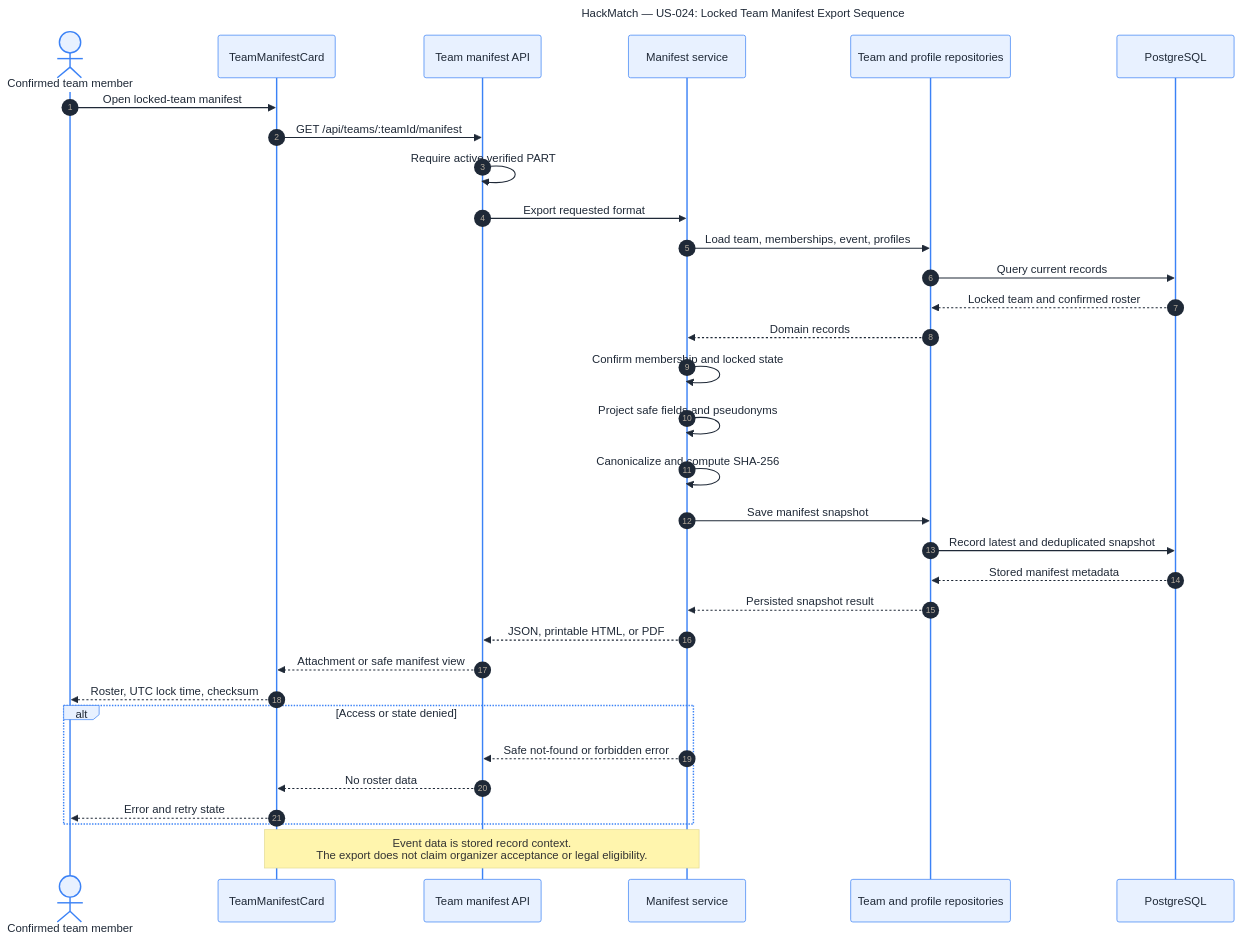
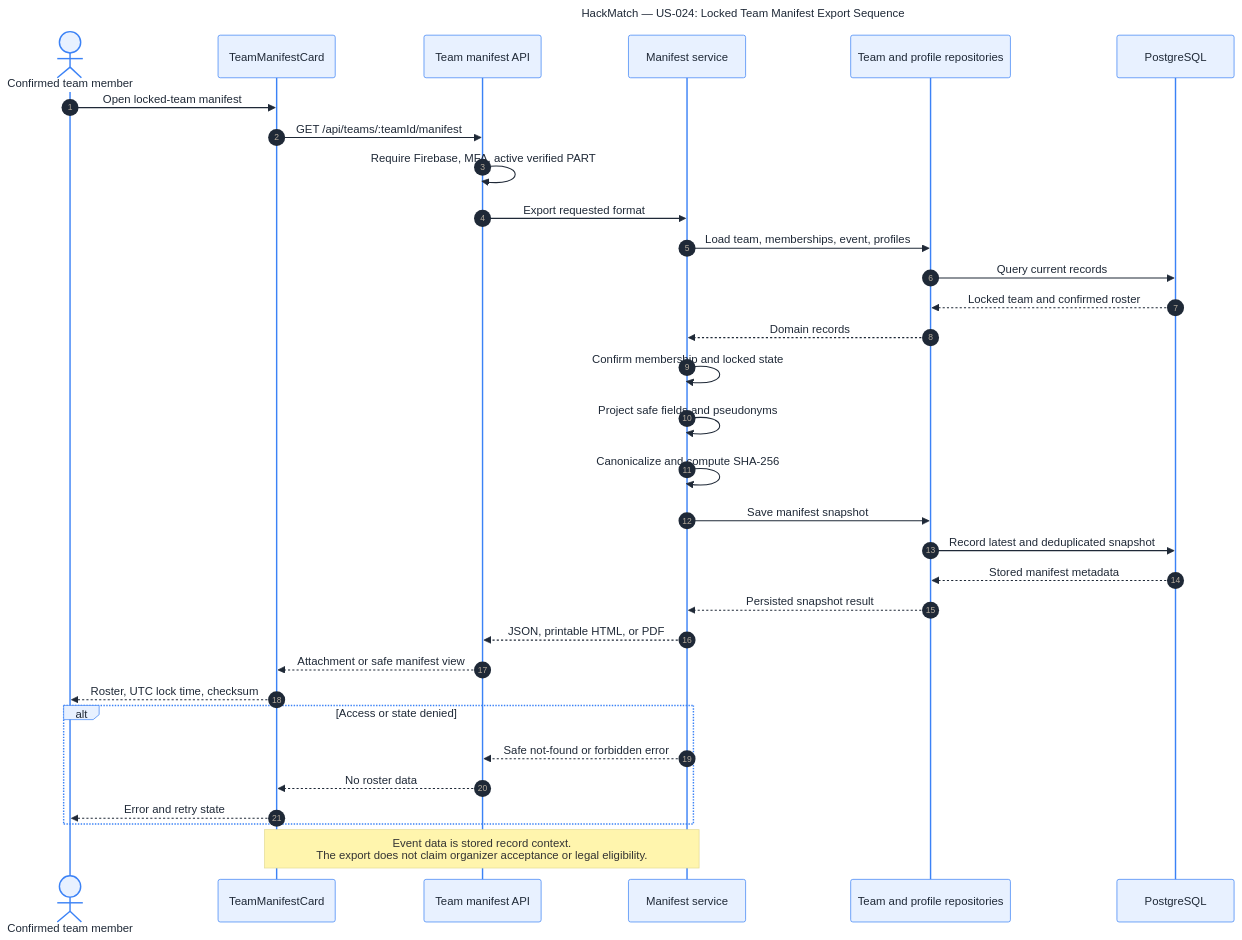
One commit to comp313-g1/HackMatch changed the diagram in docs/diagrams/US-024/US-024-team-manifest-export-sequence.mmd. Above: the diagram before and after it, drawn with Mermaid. The commit also changed 54 other files, not shown here.

Commit message:
docs(diagrams): add US-035 and align engineering diagrams (#450)

```diff
--- a/docs/diagrams/US-024/US-024-team-manifest-export-sequence.mmd
+++ b/docs/diagrams/US-024/US-024-team-manifest-export-sequence.mmd
@@ -1,39 +1,39 @@
 ---
 title: "HackMatch — US-024: Locked Team Manifest Export Sequence"
 ---
 %%{init: {"theme":"base","themeVariables":{"background":"#ffffff","primaryColor":"#e8f1ff","primaryTextColor":"#1f2937","primaryBorderColor":"#3b82f6","lineColor":"#4b5563","secondaryColor":"#f1e8ff","tertiaryColor":"#fff7d6","fontFamily":"Arial, sans-serif"},"sequence":{"useMaxWidth":true,"diagramMarginX":25,"diagramMarginY":18,"actorMargin":34,"width":165,"height":60,"boxMargin":8,"messageMargin":24,"noteMargin":10}}}%%
 sequenceDiagram
     autonumber
     actor Member as Confirmed team member
     participant UI as TeamManifestCard
     participant API as Team manifest API
     participant Service as Manifest service
     participant Repos as Team and profile repositories
     participant DB as PostgreSQL
 
     Member->>UI: Open locked-team manifest
     UI->>API: GET /api/teams/:teamId/manifest
-    API->>API: Require active verified PART
+    API->>API: Require Firebase, MFA, active verified PART
     API->>Service: Export requested format
     Service->>Repos: Load team, memberships, event, profiles
     Repos->>DB: Query current records
     DB-->>Repos: Locked team and confirmed roster
     Repos-->>Service: Domain records
     Service->>Service: Confirm membership and locked state
     Service->>Service: Project safe fields and pseudonyms
     Service->>Service: Canonicalize and compute SHA-256
     Service->>Repos: Save manifest snapshot
     Repos->>DB: Record latest and deduplicated snapshot
     DB-->>Repos: Stored manifest metadata
     Repos-->>Service: Persisted snapshot result
     Service-->>API: JSON, printable HTML, or PDF
     API-->>UI: Attachment or safe manifest view
     UI-->>Member: Roster, UTC lock time, checksum
 
     alt Access or state denied
         Service-->>API: Safe not-found or forbidden error
         API-->>UI: No roster data
         UI-->>Member: Error and retry state
     end
 
     Note over Service,UI: Event data is stored record context.<br/>The export does not claim organizer acceptance or legal eligibility.
```
